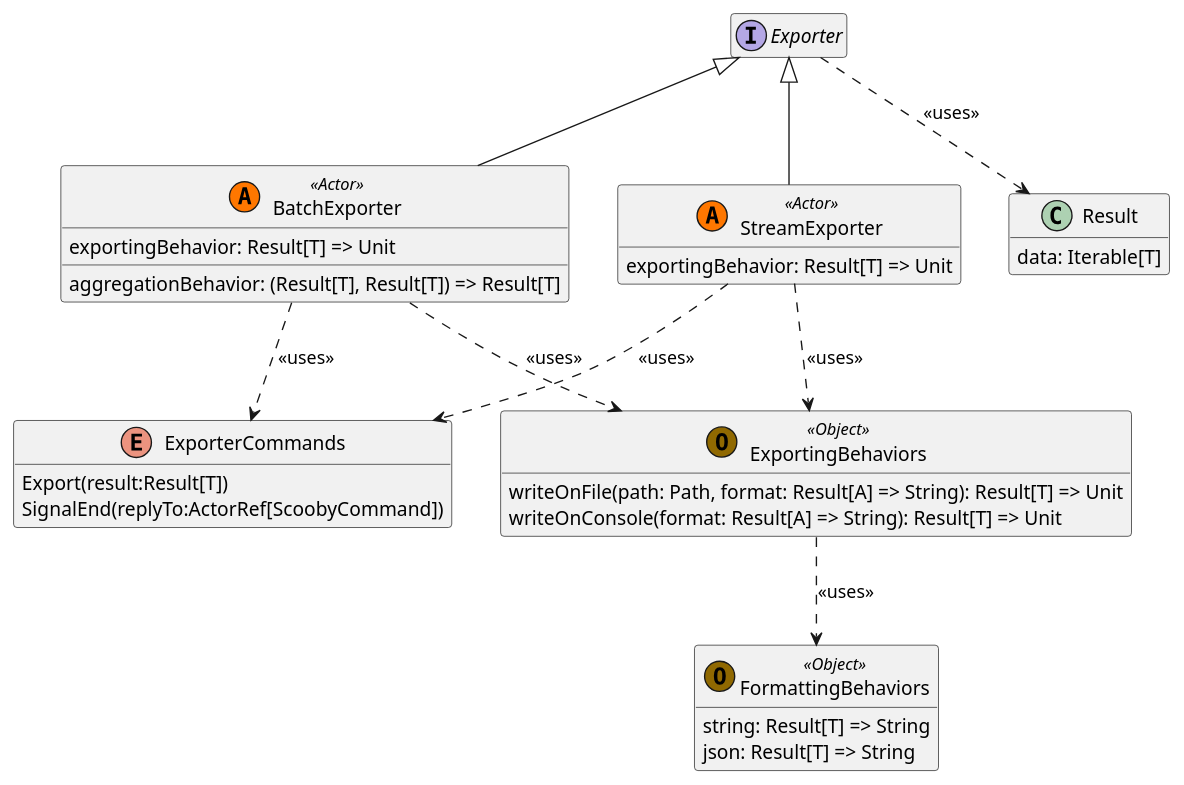
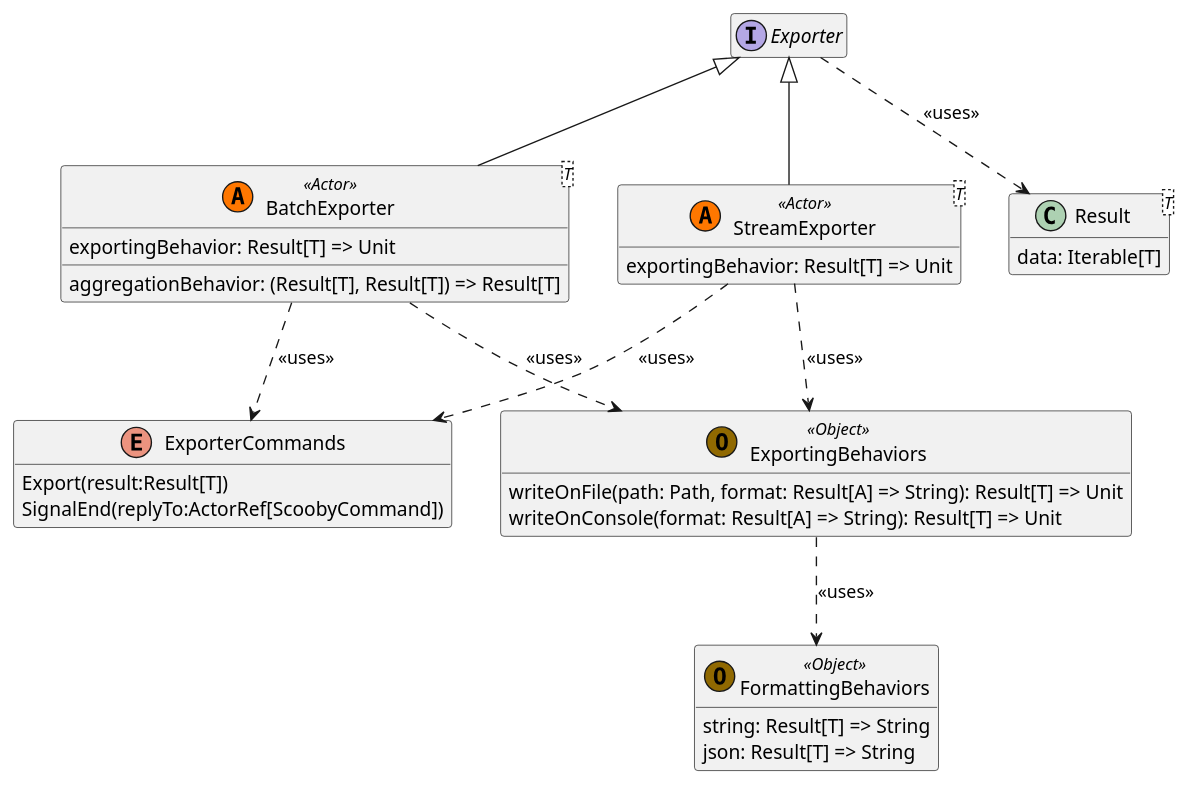
The third of 3 diagrams in Writerside/topics/Exporter.md (PPS-22-Scooby/pps-22-scooby.github.io), drawn with PlantUML before and after one commit.

Commit message:
Fixed generics inside Exporter.md UMLs

````diff
--- a/Writerside/topics/Exporter.md
+++ b/Writerside/topics/Exporter.md
@@ -69,47 +69,47 @@
 ```plantuml
 @startuml ExportClass
 
 interface Exporter
 
 Exporter <|-- StreamExporter
 Exporter <|-- BatchExporter
 
-class StreamExporter<<(A, #FF7700) Actor>> {
+class StreamExporter<T>  <<(A, #FF7700) Actor>> {
     exportingBehavior: Result[T] => Unit
 }
 
-class BatchExporter<<(A, #FF7700) Actor>> {
+class BatchExporter<T> <<(A, #FF7700) Actor>> {
     exportingBehavior: Result[T] => Unit
     aggregationBehavior: (Result[T], Result[T]) => Result[T]
 }
 
 enum ExporterCommands {
     Export(result:Result[T])
     SignalEnd(replyTo:ActorRef[ScoobyCommand])
 }
 
-class Result {
+class Result<T> {
     data: Iterable[T]
 }
 
 StreamExporter ..> ExporterCommands: <<uses>>
 BatchExporter ..> ExporterCommands: <<uses>>
 Exporter ..> Result: <<uses>>
 hide empty members
 
 class ExportingBehaviors<<(O, #906901) Object>> {
     writeOnFile(path: Path, format: Result[A] => String): Result[T] => Unit
     writeOnConsole(format: Result[A] => String): Result[T] => Unit
 }
 
 class FormattingBehaviors<<(O, #906901) Object>> {
     string: Result[T] => String
     json: Result[T] => String
 }
 
 ExportingBehaviors ..> FormattingBehaviors: <<uses>>
 StreamExporter ..> ExportingBehaviors: <<uses>>
 BatchExporter ..> ExportingBehaviors: <<uses>>
 
 @enduml
 ```
````
